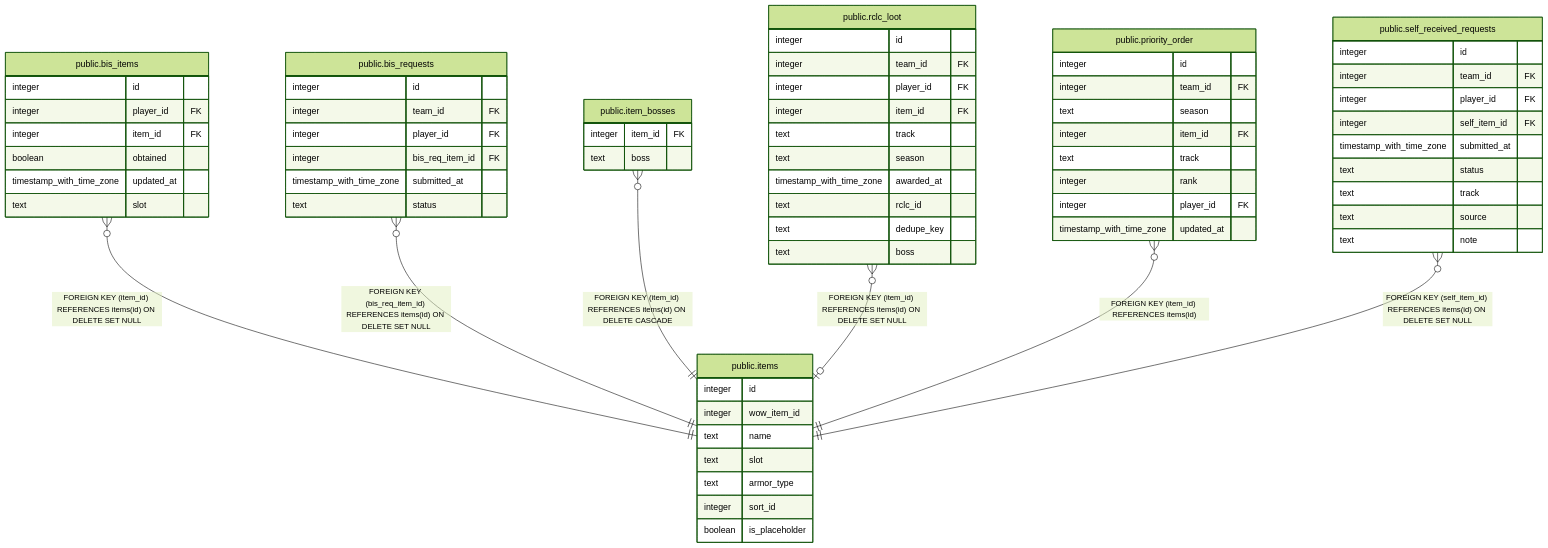
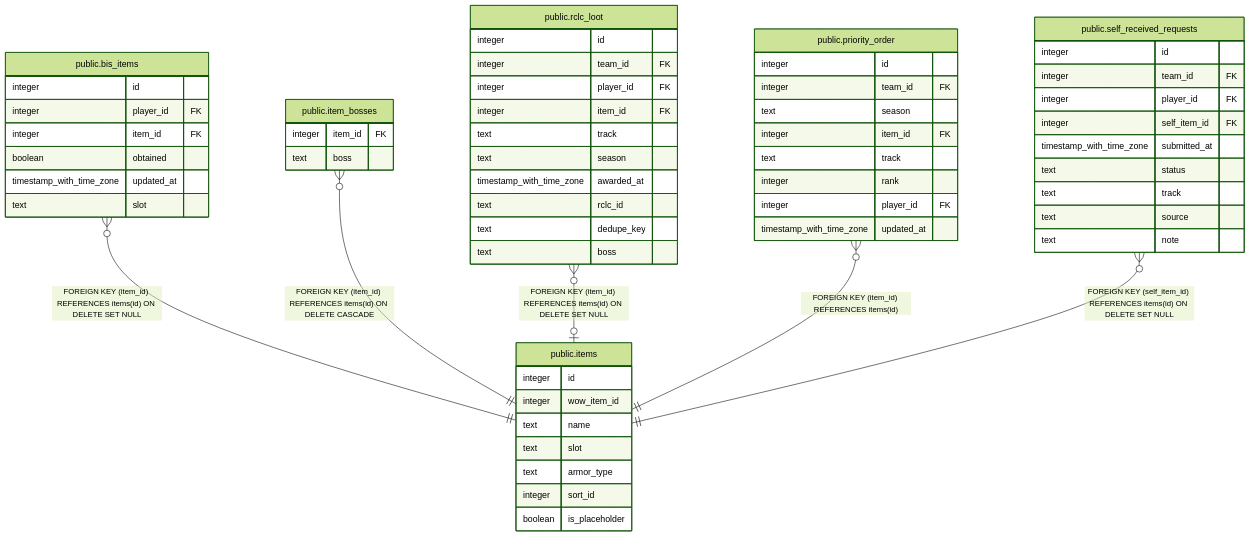
Before and after one commit to katogaming88/WGA-Raid-Hub: the diagram in dbdoc/public.items.md, drawn with Mermaid (forest theme). The commit also changed other lines of this file and 30 other files, not shown here.

````diff
--- a/dbdoc/public.items.md
+++ b/dbdoc/public.items.md
@@ -31,73 +31,64 @@
 ```mermaid
 erDiagram
 
 "public.bis_items" }o--|| "public.items" : "FOREIGN KEY (item_id) REFERENCES items(id) ON DELETE SET NULL"
-"public.bis_requests" }o--|| "public.items" : "FOREIGN KEY (bis_req_item_id) REFERENCES items(id) ON DELETE SET NULL"
 "public.item_bosses" }o--|| "public.items" : "FOREIGN KEY (item_id) REFERENCES items(id) ON DELETE CASCADE"
 "public.rclc_loot" }o--o| "public.items" : "FOREIGN KEY (item_id) REFERENCES items(id) ON DELETE SET NULL"
 "public.priority_order" }o--|| "public.items" : "FOREIGN KEY (item_id) REFERENCES items(id)"
 "public.self_received_requests" }o--|| "public.items" : "FOREIGN KEY (self_item_id) REFERENCES items(id) ON DELETE SET NULL"
 
 "public.items" {
   integer id
   integer wow_item_id
   text name
   text slot
   text armor_type
   integer sort_id
   boolean is_placeholder
 }
 "public.bis_items" {
   integer id
   integer player_id FK
   integer item_id FK
   boolean obtained
   timestamp_with_time_zone updated_at
   text slot
-}
-"public.bis_requests" {
-  integer id
-  integer team_id FK
-  integer player_id FK
-  integer bis_req_item_id FK
-  timestamp_with_time_zone submitted_at
-  text status
 }
 "public.item_bosses" {
   integer item_id FK
   text boss
 }
 "public.rclc_loot" {
   integer id
   integer team_id FK
   integer player_id FK
   integer item_id FK
   text track
   text season
   timestamp_with_time_zone awarded_at
   text rclc_id
   text dedupe_key
   text boss
 }
 "public.priority_order" {
   integer id
   integer team_id FK
   text season
   integer item_id FK
   text track
   integer rank
   integer player_id FK
   timestamp_with_time_zone updated_at
 }
 "public.self_received_requests" {
   integer id
   integer team_id FK
   integer player_id FK
   integer self_item_id FK
   timestamp_with_time_zone submitted_at
   text status
   text track
   text source
   text note
 }
 ```
````
